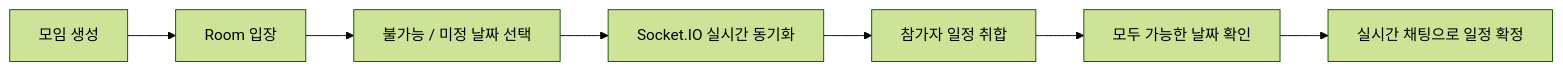
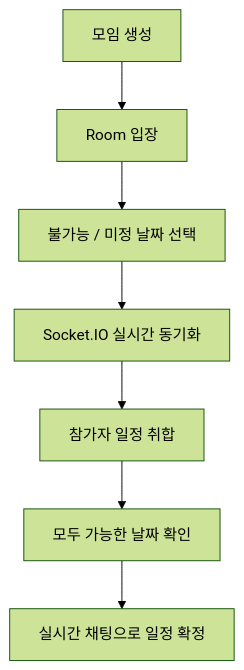
One commit to Dev-SangWoo/WhenCanWeGetTogether changed the first of 4 diagrams in README.md. Above: the diagram before and after it, drawn with Mermaid (forest theme). The commit also changed other lines of this file, not shown here.

````diff
--- a/README.md
+++ b/README.md
@@ -28,9 +28,9 @@
 ```mermaid
-flowchart LR
+flowchart TD
     A[모임 생성] --> B[Room 입장]
     B --> C[불가능 / 미정 날짜 선택]
     C --> D[Socket.IO 실시간 동기화]
     D --> E[참가자 일정 취합]
     E --> F[모두 가능한 날짜 확인]
     F --> G[실시간 채팅으로 일정 확정]
 ```
````
